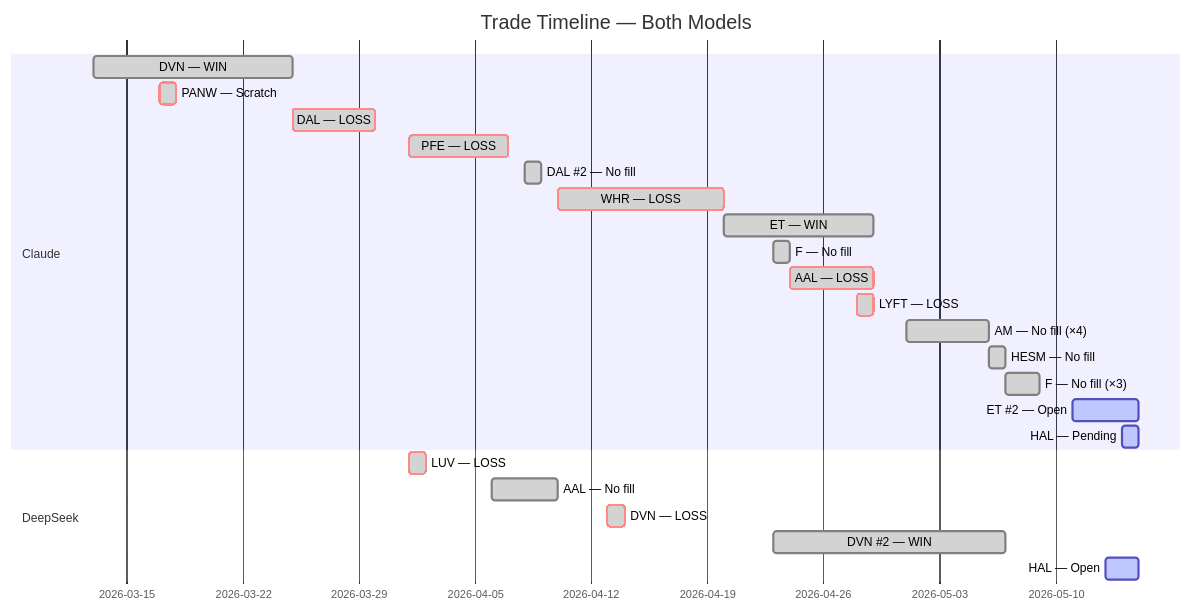
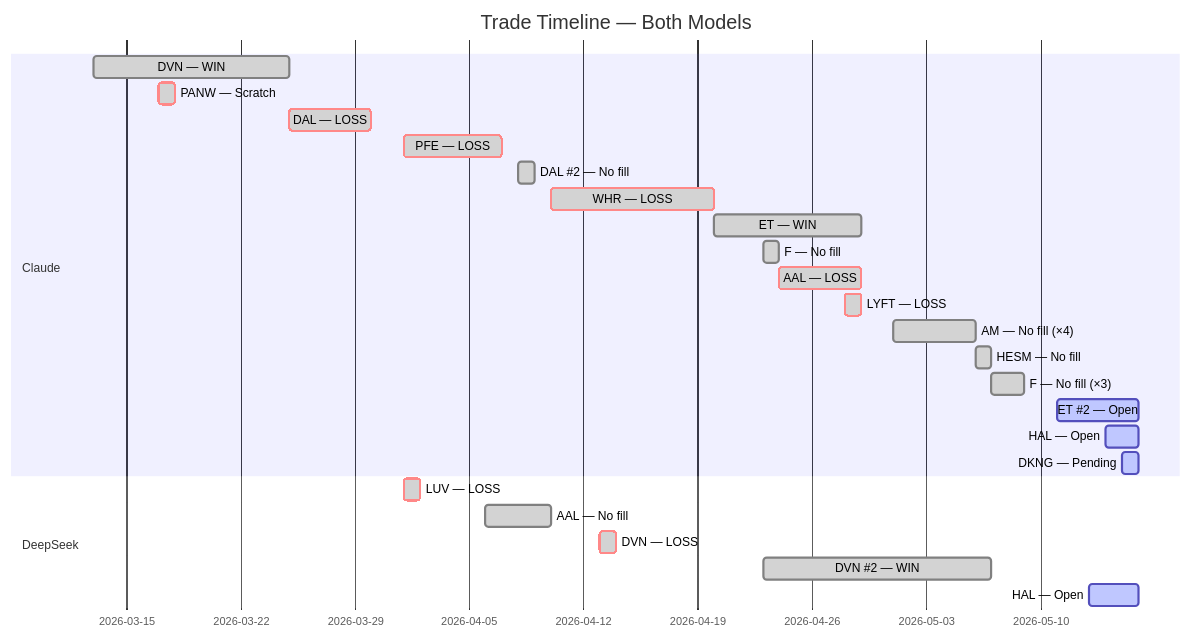
One commit to zachisit/ai-auto-buy-thesis changed the fifth of 5 diagrams in README.md. Above: the diagram before and after it, drawn with Mermaid. The commit also changed other lines of this file and 2 other files, not shown here.

````diff
--- a/README.md
+++ b/README.md
@@ -63,27 +63,28 @@
 ```mermaid
 gantt
     title Trade Timeline — Both Models
     dateFormat YYYY-MM-DD
     section Claude
     DVN — WIN            :done,    2026-03-13, 2026-03-25
     PANW — Scratch       :crit, done, 2026-03-17, 2026-03-18
     DAL — LOSS           :crit, done, 2026-03-25, 2026-03-30
     PFE — LOSS           :crit, done, 2026-04-01, 2026-04-07
     DAL #2 — No fill     :done,    2026-04-08, 2026-04-09
     WHR — LOSS           :crit, done, 2026-04-10, 2026-04-20
     ET — WIN             :done,    2026-04-20, 2026-04-29
     F — No fill          :done,    2026-04-23, 2026-04-24
     AAL — LOSS           :crit, done, 2026-04-24, 2026-04-29
     LYFT — LOSS          :crit, done, 2026-04-28, 2026-04-29
     AM — No fill (×4)    :done,    2026-05-01, 2026-05-06
     HESM — No fill       :done,    2026-05-06, 2026-05-07
     F — No fill (×3)     :done,    2026-05-07, 2026-05-09
-    ET #2 — Open         :active,  2026-05-11, 2026-05-15
-    HAL — Pending        :active,  2026-05-14, 2026-05-15
+    ET #2 — Open         :active,  2026-05-11, 2026-05-16
+    HAL — Open           :active,  2026-05-14, 2026-05-16
+    DKNG — Pending       :active,  2026-05-15, 2026-05-16
     section DeepSeek
     LUV — LOSS           :crit, done, 2026-04-01, 2026-04-02
     AAL — No fill        :done,    2026-04-06, 2026-04-10
     DVN — LOSS           :crit, done, 2026-04-13, 2026-04-14
     DVN #2 — WIN         :done,    2026-04-23, 2026-05-07
-    HAL — Open           :active,  2026-05-13, 2026-05-15
+    HAL — Open           :active,  2026-05-13, 2026-05-16
 ```
````
